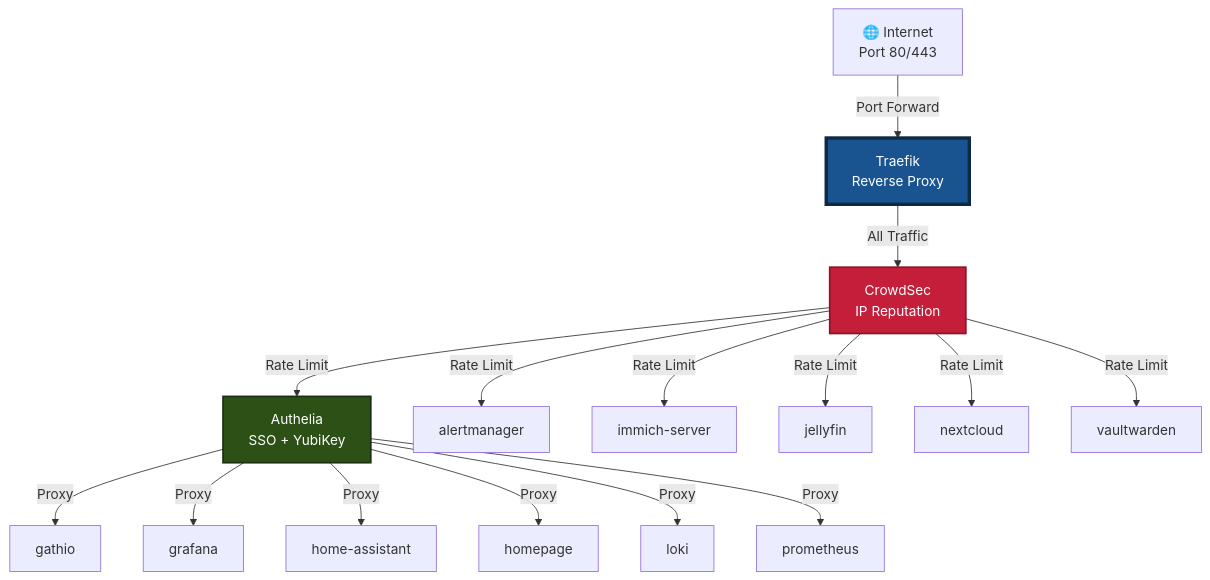
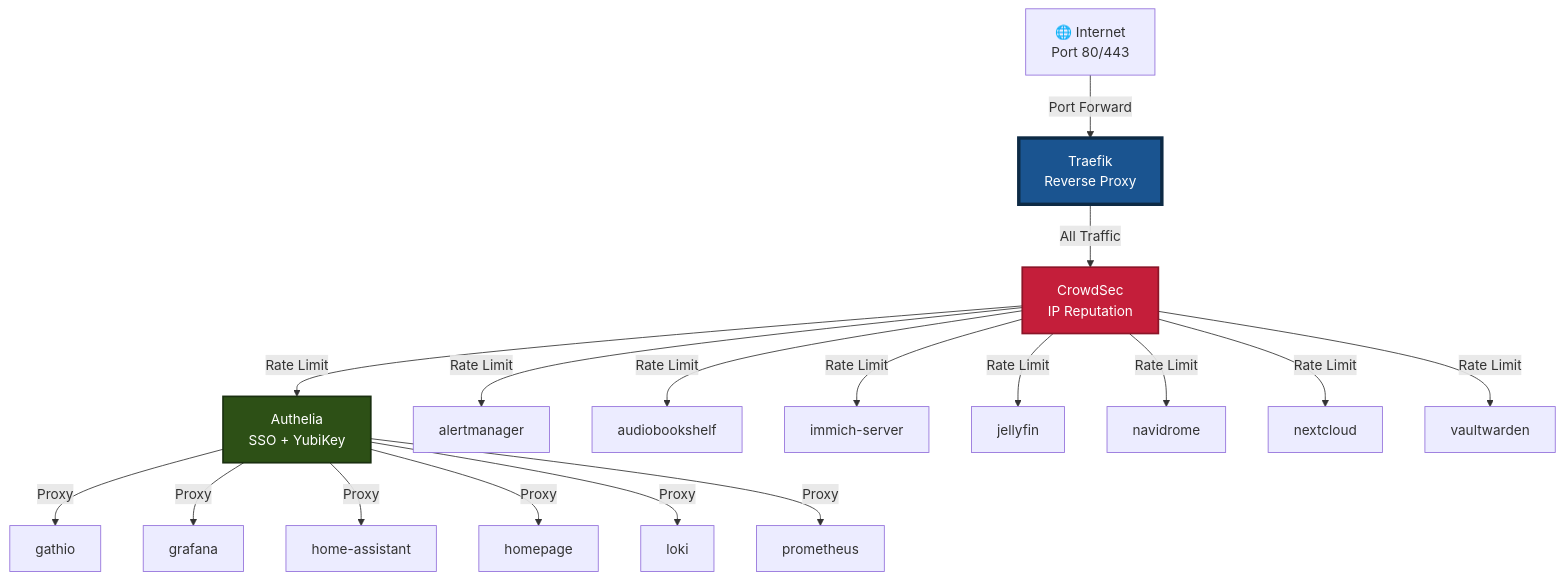
Before and after one commit to vonrobak/fedora-homelab-containers: the first of 3 diagrams in docs/AUTO-NETWORK-TOPOLOGY.md, drawn with Mermaid. The commit also changed other lines of this file and 5 other files, not shown here.

````diff
--- a/docs/AUTO-NETWORK-TOPOLOGY.md
+++ b/docs/AUTO-NETWORK-TOPOLOGY.md
@@ -12,29 +12,31 @@
 ```mermaid
 graph TB
     Internet[🌐 Internet<br/>Port 80/443]
     Internet -->|Port Forward| Traefik[Traefik<br/>Reverse Proxy]
 
     %% All traffic goes through CrowdSec first
     Traefik -->|All Traffic| CrowdSec[CrowdSec<br/>IP Reputation]
 
     %% Services requiring Authelia SSO
     CrowdSec -->|Rate Limit| Authelia[Authelia<br/>SSO + YubiKey]
     Authelia -->|Proxy| gathio[gathio]
     Authelia -->|Proxy| grafana[grafana]
     Authelia -->|Proxy| home_assistant[home-assistant]
     Authelia -->|Proxy| homepage[homepage]
     Authelia -->|Proxy| loki[loki]
     Authelia -->|Proxy| prometheus[prometheus]
 
     %% Services with native authentication (bypass Authelia)
     CrowdSec -->|Rate Limit| alertmanager[alertmanager]
+    CrowdSec -->|Rate Limit| audiobookshelf[audiobookshelf]
     CrowdSec -->|Rate Limit| immich_server[immich-server]
     CrowdSec -->|Rate Limit| jellyfin[jellyfin]
+    CrowdSec -->|Rate Limit| navidrome[navidrome]
     CrowdSec -->|Rate Limit| nextcloud[nextcloud]
     CrowdSec -->|Rate Limit| vaultwarden[vaultwarden]
 
     %% Styling
     style Traefik fill:#1a5490,stroke:#0d2a45,stroke-width:4px,color:#fff
     style CrowdSec fill:#c41e3a,stroke:#8b1528,stroke-width:2px,color:#fff
     style Authelia fill:#2d5016,stroke:#1a3010,stroke-width:2px,color:#fff
 ```
````
